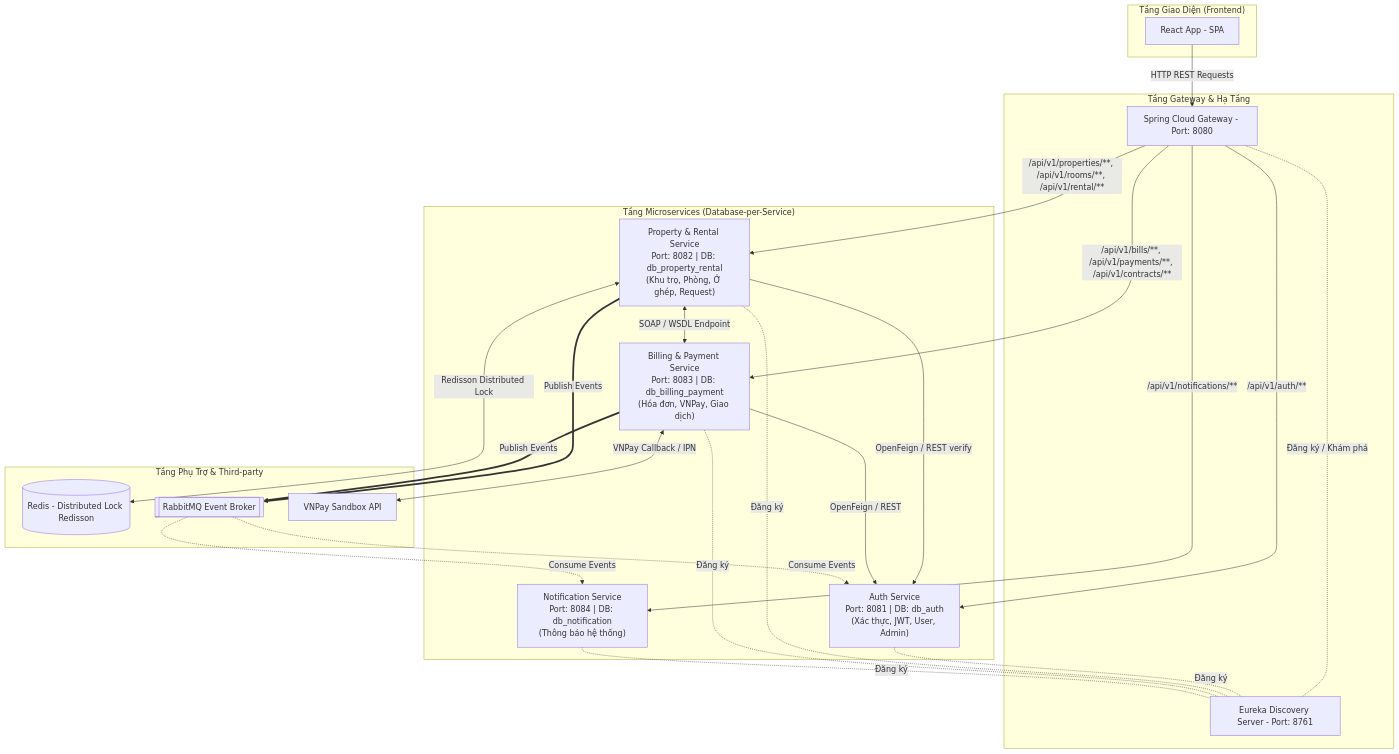
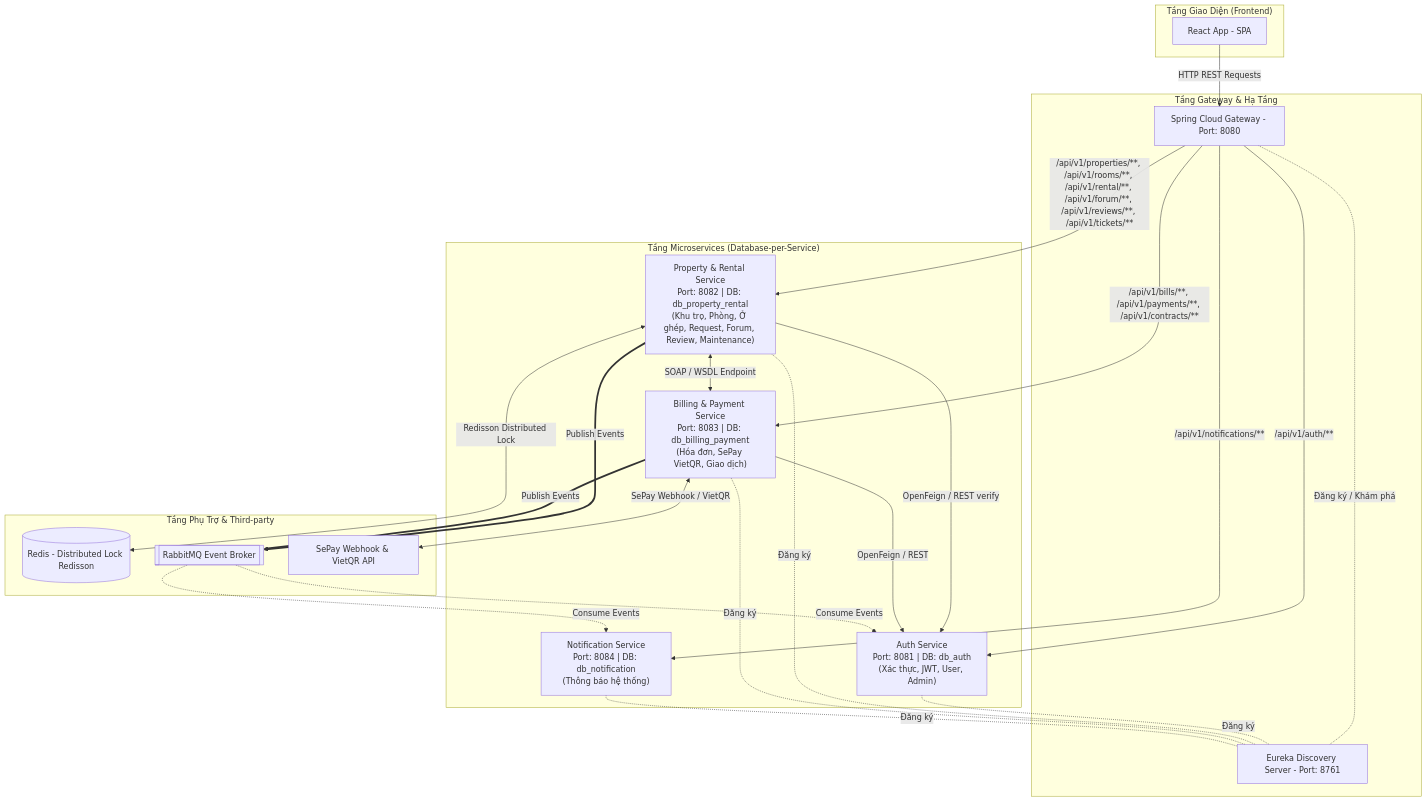
Before and after one commit to LeVuHao/BoardingHouse-Ecosystem: the first of 2 diagrams in project_architecture.md, drawn with Mermaid. The commit also changed other lines of this file and 4 other files, not shown here.

Commit message:
feat: complete landlord-tenant billing flow, sepay docs update, and monthly bill creation

````diff
--- a/project_architecture.md
+++ b/project_architecture.md
@@ -84,61 +84,61 @@
 ```mermaid
 graph TD
     %% Tầng Frontend
     subgraph Frontend_Layer ["Tầng Giao Diện (Frontend)"]
         FE[React App - SPA]
     end
 
     %% Tầng Gateway & Core Infrastructure
     subgraph Gateway_Layer ["Tầng Gateway & Hạ Tầng"]
         GW[Spring Cloud Gateway - Port: 8080]
         Discovery[Eureka Discovery Server - Port: 8761]
     end
 
     %% Tầng Core Microservices
     subgraph Services_Layer ["Tầng Microservices (Database-per-Service)"]
         AuthSvc["Auth Service
 Port: 8081 | DB: db_auth
 (Xác thực, JWT, User, Admin)"]
         PRService["Property & Rental Service
 Port: 8082 | DB: db_property_rental
-(Khu trọ, Phòng, Ở ghép, Request)"]
+(Khu trọ, Phòng, Ở ghép, Request, Forum, Review, Maintenance)"]
         BPService["Billing & Payment Service
 Port: 8083 | DB: db_billing_payment
-(Hóa đơn, VNPay, Giao dịch)"]
+(Hóa đơn, SePay VietQR, Giao dịch)"]
         NotifSvc["Notification Service
 Port: 8084 | DB: db_notification
 (Thông báo hệ thống)"]
     end
 
     %% Tầng Shared
     subgraph Shared_Layer ["Tầng Phụ Trợ & Third-party"]
         Redis[(Redis - Distributed Lock Redisson)]
         MQ[[RabbitMQ Event Broker]]
-        VNPay[VNPay Sandbox API]
+        SePay[SePay Webhook & VietQR API]
     end
 
     FE -->|HTTP REST Requests| GW
     GW -.-|Đăng ký / Khám phá| Discovery
     AuthSvc -.-|Đăng ký| Discovery
     PRService -.-|Đăng ký| Discovery
     BPService -.-|Đăng ký| Discovery
     NotifSvc -.-|Đăng ký| Discovery
 
     GW -->|/api/v1/auth/**| AuthSvc
-    GW -->|/api/v1/properties/**, /api/v1/rooms/**, /api/v1/rental/**| PRService
+    GW -->|/api/v1/properties/**, /api/v1/rooms/**, /api/v1/rental/**, /api/v1/forum/**, /api/v1/reviews/**, /api/v1/tickets/**| PRService
     GW -->|/api/v1/bills/**, /api/v1/payments/**, /api/v1/contracts/**| BPService
     GW -->|/api/v1/notifications/**| NotifSvc
 
     %% Inter-service & Events
     PRService -->|OpenFeign / REST verify| AuthSvc
     BPService -->|OpenFeign / REST| AuthSvc
     PRService <-->|Redisson Distributed Lock| Redis
     PRService ==>|Publish Events| MQ
     BPService ==>|Publish Events| MQ
     MQ -.->|Consume Events| NotifSvc
     MQ -.->|Consume Events| AuthSvc
 
-    %% VNPay & SOAP
-    BPService <-->|VNPay Callback / IPN| VNPay
+    %% SePay & SOAP
+    BPService <-->|SePay Webhook / VietQR| SePay
     PRService <-->|SOAP / WSDL Endpoint| BPService
 ```
````
